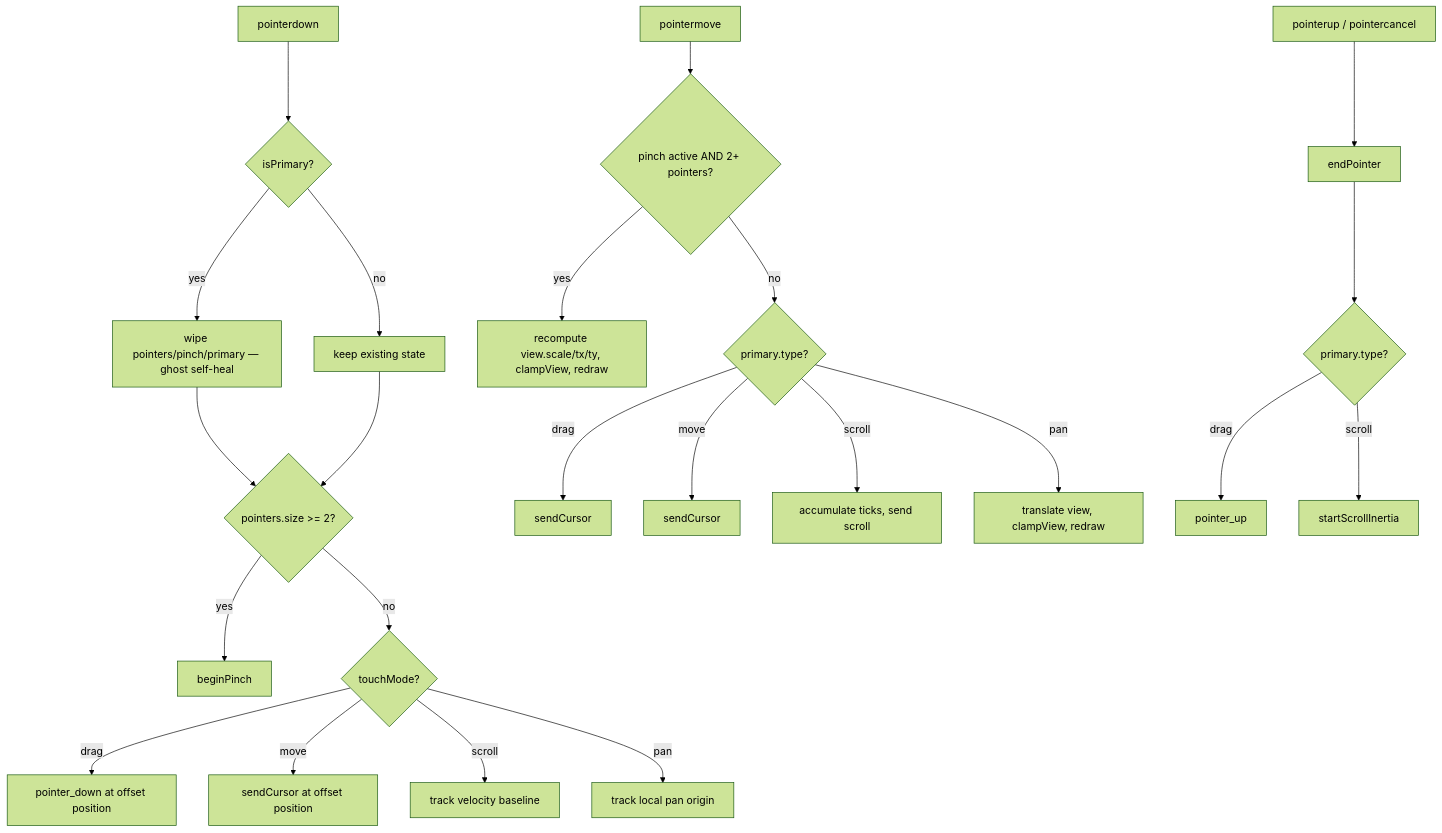
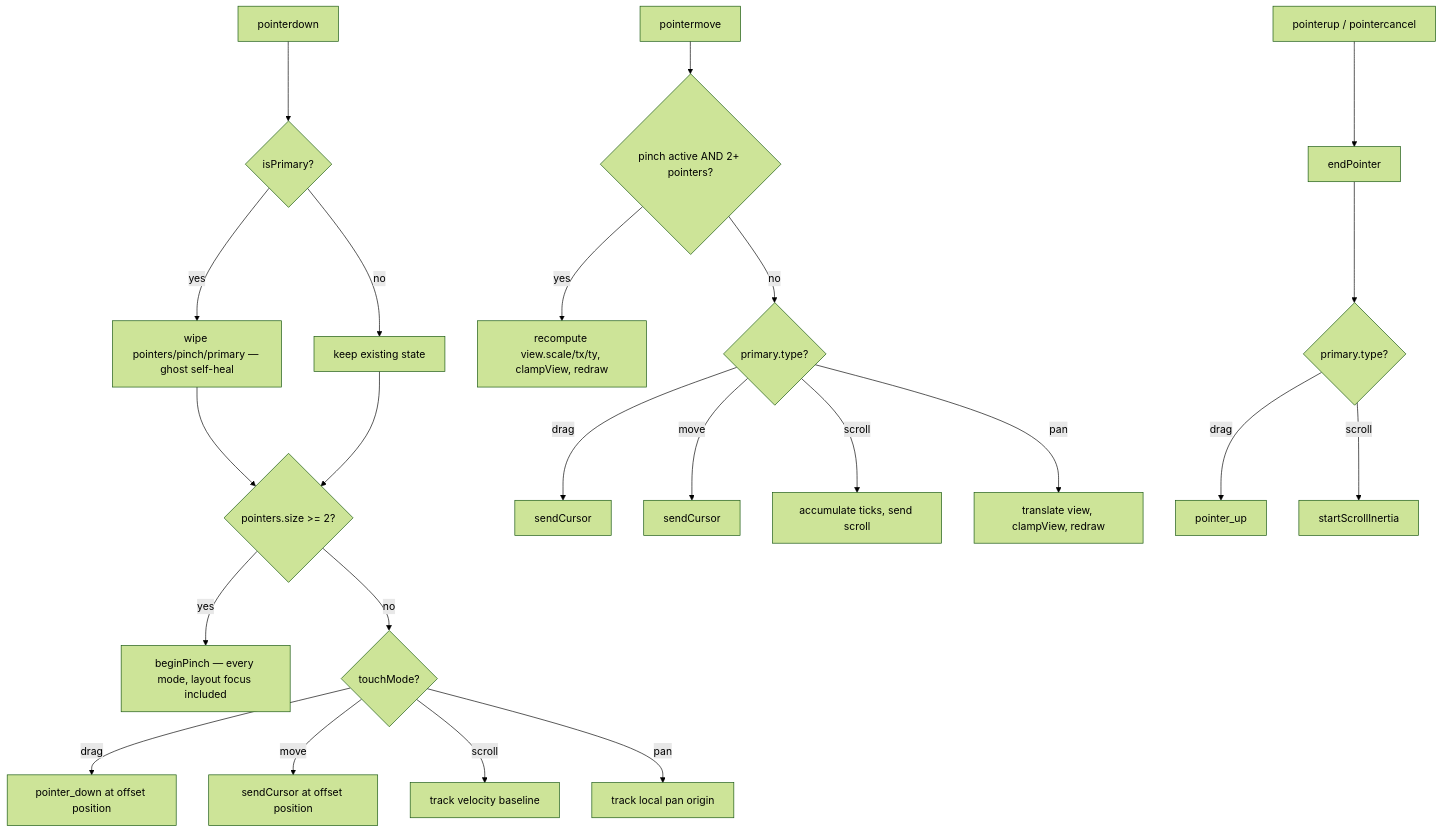
Before and after one commit to UVuruna/Remote-User: the diagram in client/__flow/gestures.md, drawn with Mermaid (forest theme). The commit also changed 9 other files, not shown here.

First line of the commit message:
0.0.152 Pinch zoom works in layout focus too — max zoom out is the layout's own framing

````diff
--- a/client/__flow/gestures.md
+++ b/client/__flow/gestures.md
@@ -7,28 +7,28 @@
 ```mermaid
 %%{init: {'flowchart': {'subGraphTitleMargin': {'top': 0, 'bottom': 35}}}}%%
 flowchart TB
     DOWN[pointerdown] --> PRIMARY{isPrimary?}
     PRIMARY -- yes --> WIPE[wipe pointers/pinch/primary — ghost self-heal]
     PRIMARY -- no --> KEEP[keep existing state]
     WIPE --> COUNT
     KEEP --> COUNT{pointers.size >= 2?}
-    COUNT -- yes --> PINCH[beginPinch]
+    COUNT -- yes --> PINCH[beginPinch — every mode, layout focus included]
     COUNT -- no --> MODE{touchMode?}
     MODE -- drag --> DRAGSTART[pointer_down at offset position]
     MODE -- move --> MOVESTART[sendCursor at offset position]
     MODE -- scroll --> SCROLLSTART[track velocity baseline]
     MODE -- pan --> PANSTART[track local pan origin]
 
     MOVE[pointermove] --> ACTIVE{pinch active AND 2+ pointers?}
     ACTIVE -- yes --> RESCALE[recompute view.scale/tx/ty, clampView, redraw]
     ACTIVE -- no --> DISPATCH{primary.type?}
     DISPATCH -- drag --> DRAGMOVE[sendCursor]
     DISPATCH -- move --> MOVEMOVE[sendCursor]
     DISPATCH -- scroll --> SCROLLMOVE[accumulate ticks, send scroll]
     DISPATCH -- pan --> PANMOVE[translate view, clampView, redraw]
 
     UP[pointerup / pointercancel] --> ENDP[endPointer]
     ENDP --> ENDTYPE{primary.type?}
     ENDTYPE -- drag --> RELEASE[pointer_up]
     ENDTYPE -- scroll --> FLING[startScrollInertia]
 ```
````
